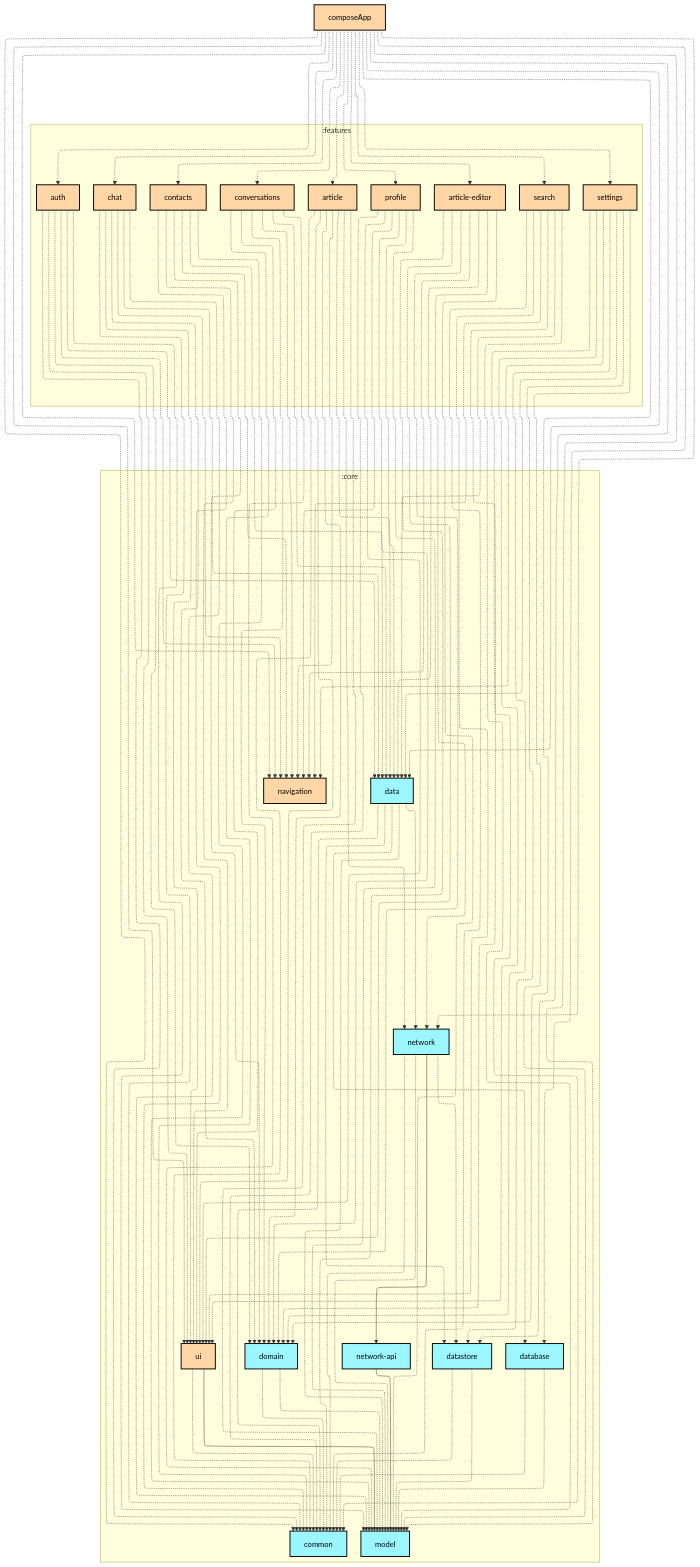
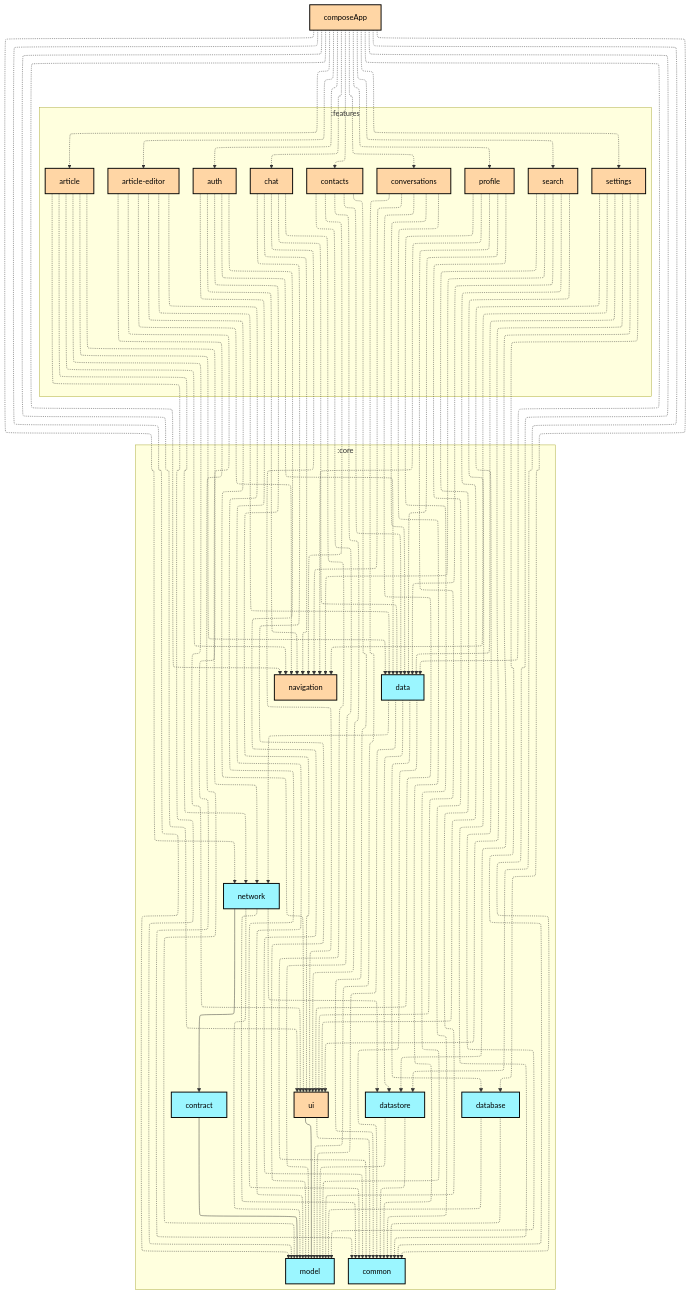
The first of 2 diagrams in composeApp/README.md (woods-marshes/chat-multiplatform), drawn with Mermaid before and after one commit. The commit also changed 58 other files, not shown here.

Commit message:
build: rename core:network-api module to core:contract

```diff
--- a/composeApp/README.md
+++ b/composeApp/README.md
@@ -28,14 +28,13 @@
   subgraph :core
     direction TB
     :core:common[common]:::kotlin-multiplatform
+    :core:contract[contract]:::kotlin-multiplatform
     :core:data[data]:::kotlin-multiplatform
     :core:database[database]:::kotlin-multiplatform
     :core:datastore[datastore]:::kotlin-multiplatform
-    :core:domain[domain]:::kotlin-multiplatform
     :core:model[model]:::kotlin-multiplatform
     :core:navigation[navigation]:::compose-multiplatform
     :core:network[network]:::kotlin-multiplatform
-    :core:network-api[network-api]:::kotlin-multiplatform
     :core:ui[ui]:::compose-multiplatform
   end
   :composeApp[composeApp]:::compose-multiplatform
@@ -44,7 +43,6 @@
   :composeApp -.-> :core:data
   :composeApp -.-> :core:database
   :composeApp -.-> :core:datastore
-  :composeApp -.-> :core:domain
   :composeApp -.-> :core:model
   :composeApp -.-> :core:navigation
   :composeApp -.-> :core:network
@@ -58,6 +56,7 @@
   :composeApp -.-> :features:profile
   :composeApp -.-> :features:search
   :composeApp -.-> :features:settings
+  :core:contract --> :core:model
   :core:data -.-> :core:common
   :core:data -.-> :core:database
   :core:data -.-> :core:datastore
@@ -67,69 +66,57 @@
   :core:database -.-> :core:model
   :core:datastore -.-> :core:common
   :core:datastore -.-> :core:model
-  :core:domain -.-> :core:common
-  :core:domain -.-> :core:model
   :core:network -.-> :core:common
+  :core:network --> :core:contract
   :core:network -.-> :core:datastore
   :core:network -.-> :core:model
-  :core:network --> :core:network-api
-  :core:network-api --> :core:model
   :core:ui -.-> :core:common
   :core:ui --> :core:model
   :features:article -.-> :core:common
   :features:article -.-> :core:data
-  :features:article -.-> :core:domain
   :features:article -.-> :core:model
   :features:article -.-> :core:navigation
   :features:article -.-> :core:network
   :features:article -.-> :core:ui
   :features:article-editor -.-> :core:common
   :features:article-editor -.-> :core:data
-  :features:article-editor -.-> :core:domain
   :features:article-editor -.-> :core:model
   :features:article-editor -.-> :core:navigation
   :features:article-editor -.-> :core:network
   :features:article-editor -.-> :core:ui
   :features:auth -.-> :core:common
   :features:auth -.-> :core:data
-  :features:auth -.-> :core:domain
   :features:auth -.-> :core:model
   :features:auth -.-> :core:navigation
   :features:auth -.-> :core:ui
   :features:chat -.-> :core:common
   :features:chat -.-> :core:data
-  :features:chat -.-> :core:domain
   :features:chat -.-> :core:model
   :features:chat -.-> :core:navigation
   :features:chat -.-> :core:ui
   :features:contacts -.-> :core:common
   :features:contacts -.-> :core:data
-  :features:contacts -.-> :core:domain
   :features:contacts -.-> :core:model
   :features:contacts -.-> :core:navigation
   :features:contacts -.-> :core:ui
   :features:conversations -.-> :core:common
   :features:conversations -.-> :core:data
-  :features:conversations -.-> :core:domain
   :features:conversations -.-> :core:model
   :features:conversations -.-> :core:navigation
   :features:conversations -.-> :core:ui
   :features:profile -.-> :core:common
   :features:profile -.-> :core:data
-  :features:profile -.-> :core:domain
   :features:profile -.-> :core:model
   :features:profile -.-> :core:navigation
   :features:profile -.-> :core:ui
   :features:search -.-> :core:common
   :features:search -.-> :core:data
-  :features:search -.-> :core:domain
   :features:search -.-> :core:model
   :features:search -.-> :core:navigation
   :features:search -.-> :core:ui
   :features:settings -.-> :core:common
   :features:settings -.-> :core:data
   :features:settings -.-> :core:datastore
-  :features:settings -.-> :core:domain
   :features:settings -.-> :core:model
   :features:settings -.-> :core:navigation
   :features:settings -.-> :core:ui
```
